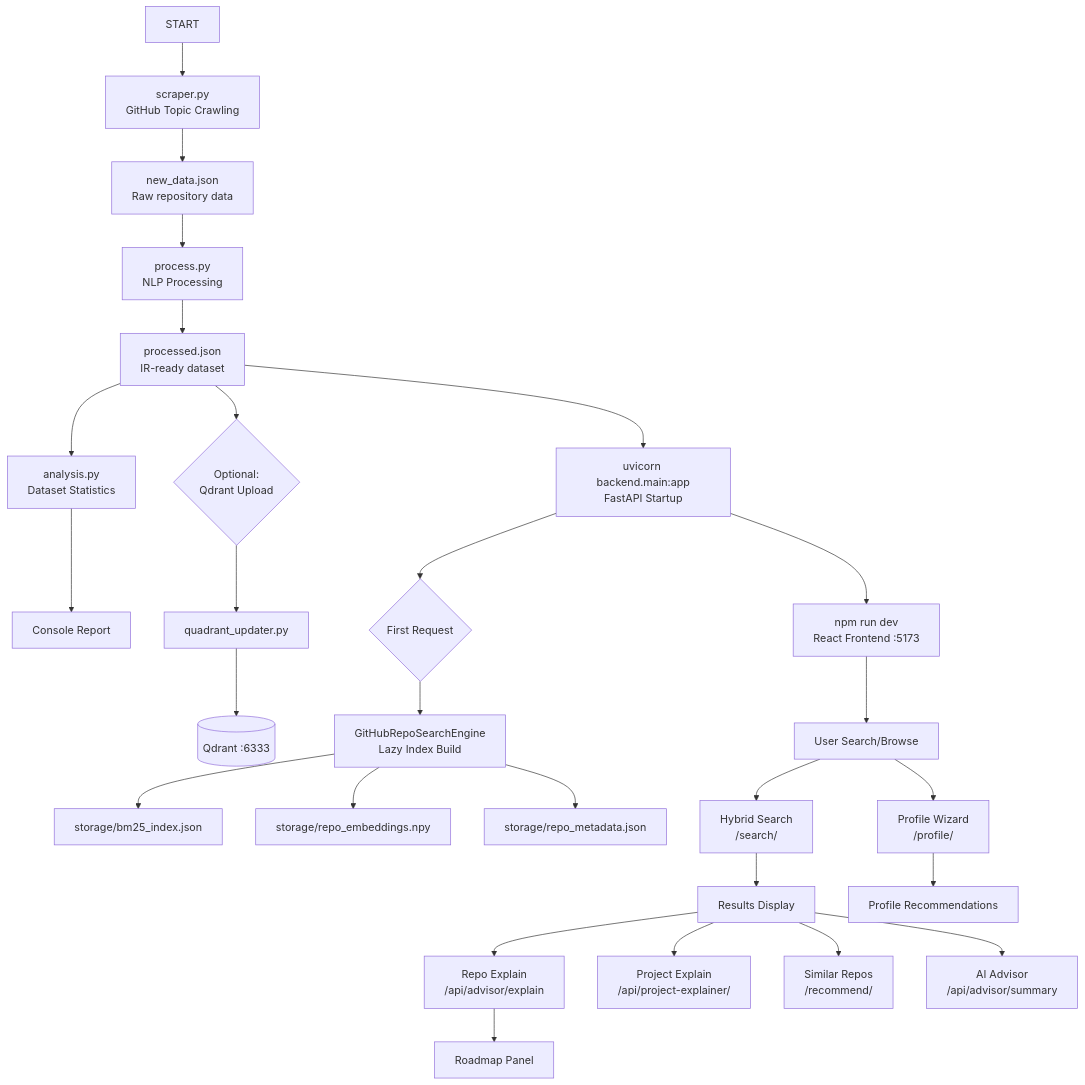
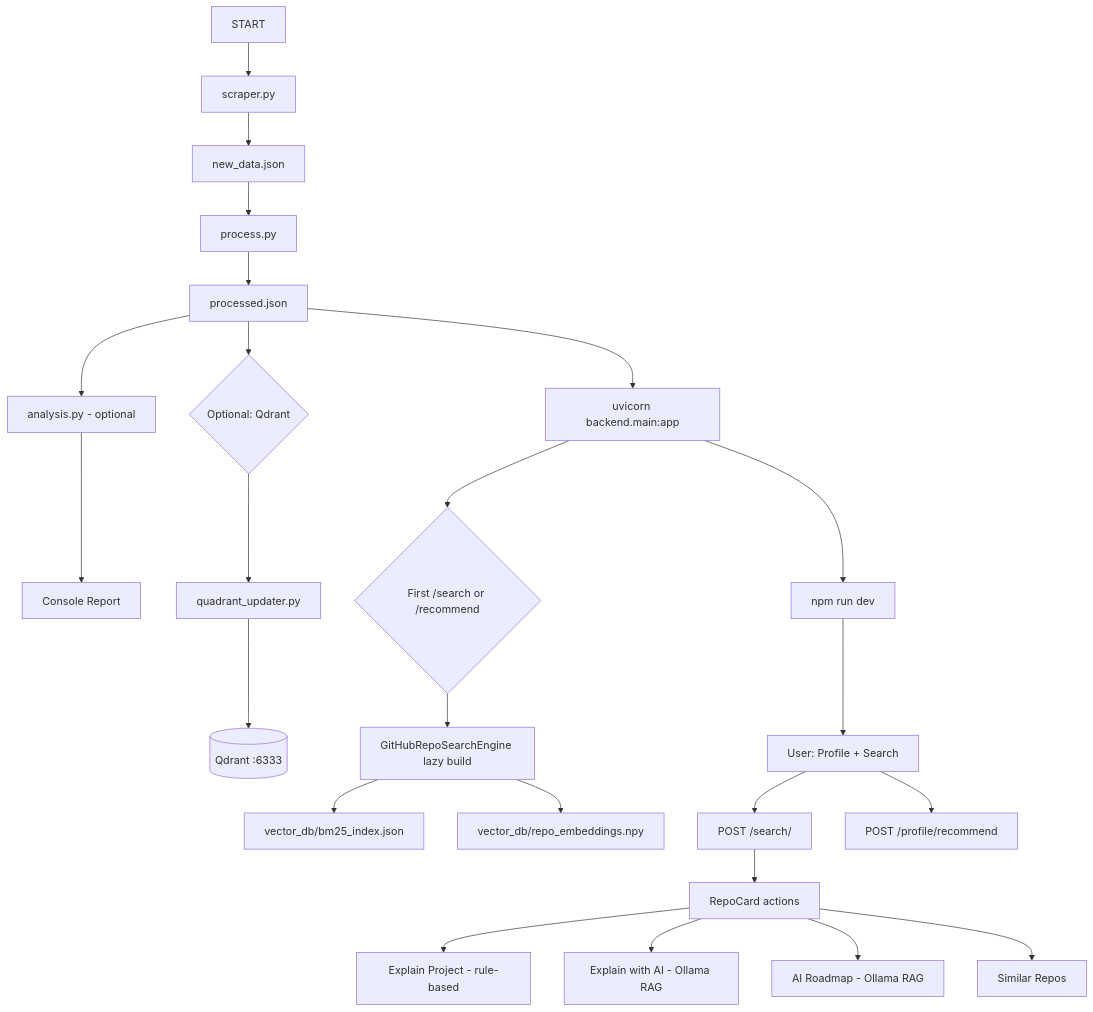
The diagram in docs/EXECUTION_PIPELINE.md (wildkemo/ir-project), drawn with Mermaid before and after one commit. The commit also changed other lines of this file and 83 other files, not shown here.

Commit message:
backend is done , just working on frontend

````diff
--- a/docs/EXECUTION_PIPELINE.md
+++ b/docs/EXECUTION_PIPELINE.md
@@ -5,29 +5,26 @@
 ```mermaid
 flowchart TD
-    A[START] --> B[scraper.py\nGitHub Topic Crawling]
-    B --> C[new_data.json\nRaw repository data]
-    C --> D[process.py\nNLP Processing]
-    D --> E[processed.json\nIR-ready dataset]
-    E --> F[analysis.py\nDataset Statistics]
+    A[START] --> B[scraper.py]
+    B --> C[new_data.json]
+    C --> D[process.py]
+    D --> E[processed.json]
+    E --> F[analysis.py - optional]
     F --> G[Console Report]
-    E --> H{Optional:\nQdrant Upload}
+    E --> H{Optional: Qdrant}
     H --> I[quadrant_updater.py]
     I --> J[(Qdrant :6333)]
-    E --> K[uvicorn backend.main:app\nFastAPI Startup]
-    K --> L{First Request}
-    L --> M[GitHubRepoSearchEngine\nLazy Index Build]
-    M --> N[storage/bm25_index.json]
-    M --> O[storage/repo_embeddings.npy]
-    M --> P[storage/repo_metadata.json]
-    K --> Q[npm run dev\nReact Frontend :5173]
-    Q --> R[User Search/Browse]
-    R --> S[Hybrid Search\n/search/]
-    R --> T[Profile Wizard\n/profile/]
-    S --> U[Results Display]
-    T --> V[Profile Recommendations]
-    U --> W[Repo Explain\n/api/advisor/explain]
-    U --> X[Project Explain\n/api/project-explainer/]
-    U --> Y[Similar Repos\n/recommend/]
-    U --> Z[AI Advisor\n/api/advisor/summary]
-    W --> AA[Roadmap Panel]
+    E --> K[uvicorn backend.main:app]
+    K --> L{First /search or /recommend}
+    L --> M[GitHubRepoSearchEngine lazy build]
+    M --> N[vector_db/bm25_index.json]
+    M --> O[vector_db/repo_embeddings.npy]
+    K --> P[npm run dev]
+    P --> Q[User: Profile + Search]
+    Q --> R[POST /search/]
+    Q --> S[POST /profile/recommend]
+    R --> T[RepoCard actions]
+    T --> U[Explain Project - rule-based]
+    T --> V[Explain with AI - Ollama RAG]
+    T --> W[AI Roadmap - Ollama RAG]
+    T --> X[Similar Repos]
 ```
````
